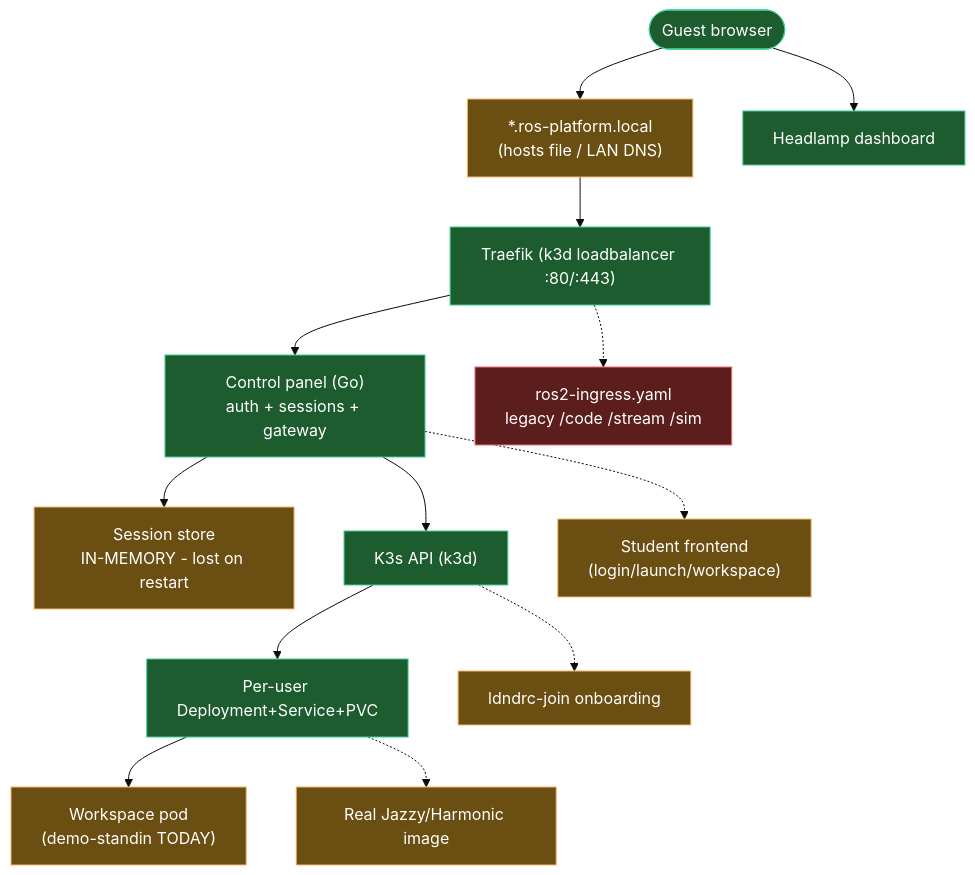
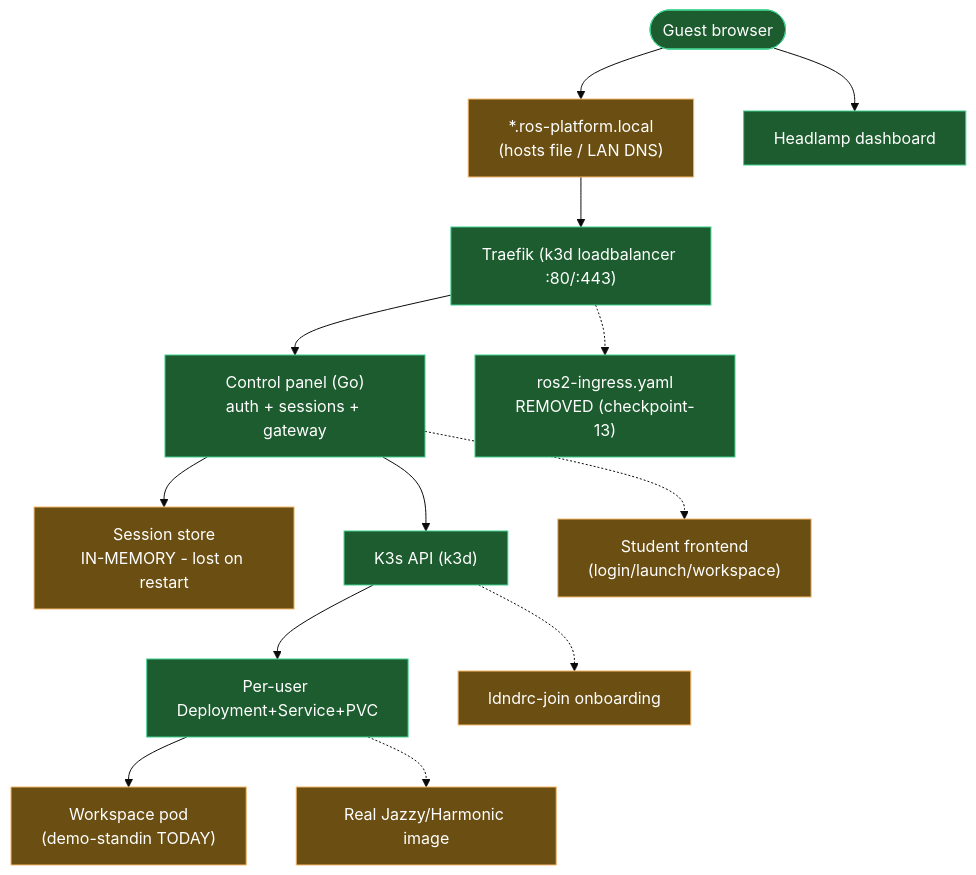
The second of 2 diagrams in docs/roadmap.md (GITGUYX8/LDNDRC), drawn with Mermaid (base theme) before and after one commit. The commit also changed other lines of this file and 2 other files, not shown here.

````diff
--- a/docs/roadmap.md
+++ b/docs/roadmap.md
@@ -57,29 +57,29 @@
 ```mermaid
 flowchart TB
     classDef done fill:#1d5c2e,stroke:#3ecf8e,color:#fff
     classDef missing fill:#6b4e12,stroke:#f5b86c,color:#fff
     classDef legacy fill:#5c1d1d,stroke:#f56c6c,color:#fff
 
     Browser(["Guest browser"]):::done
     DNS["*.ros-platform.local<br/>(hosts file / LAN DNS)"]:::missing
     Traefik["Traefik (k3d loadbalancer :80/:443)"]:::done
     CP["Control panel (Go)<br/>auth + sessions + gateway"]:::done
     Store["Session store<br/>IN-MEMORY - lost on restart"]:::missing
     K8s["K3s API (k3d)"]:::done
     Sess["Per-user Deployment+Service+PVC"]:::done
     WS["Workspace pod<br/>(demo-standin TODAY)"]:::missing
     RealWS["Real Jazzy/Harmonic image"]:::missing
     Head["Headlamp dashboard"]:::done
-    OldIng["ros2-ingress.yaml<br/>legacy /code /stream /sim"]:::legacy
+    OldIng["ros2-ingress.yaml<br/>REMOVED (checkpoint-13)"]:::done
     UI["Student frontend<br/>(login/launch/workspace)"]:::missing
     Join["ldndrc-join onboarding"]:::missing
 
     Browser --> DNS --> Traefik --> CP
     CP --> Store
     CP --> K8s --> Sess --> WS
     Sess -.-> RealWS
     Browser --> Head
     Traefik -.-> OldIng
     CP -.-> UI
     K8s -.-> Join
 ```
````
